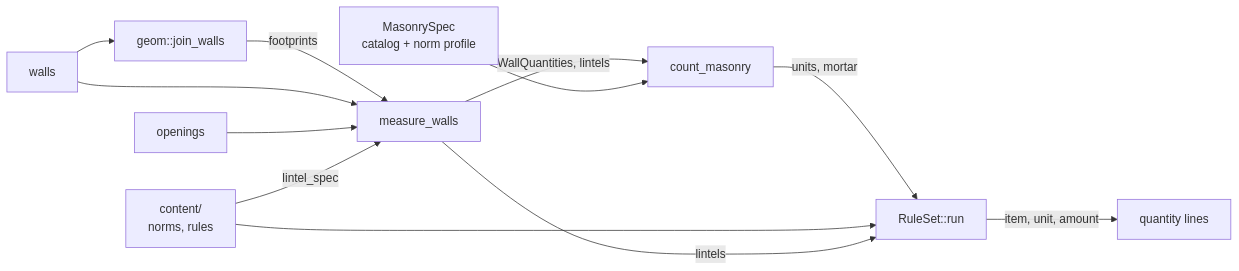
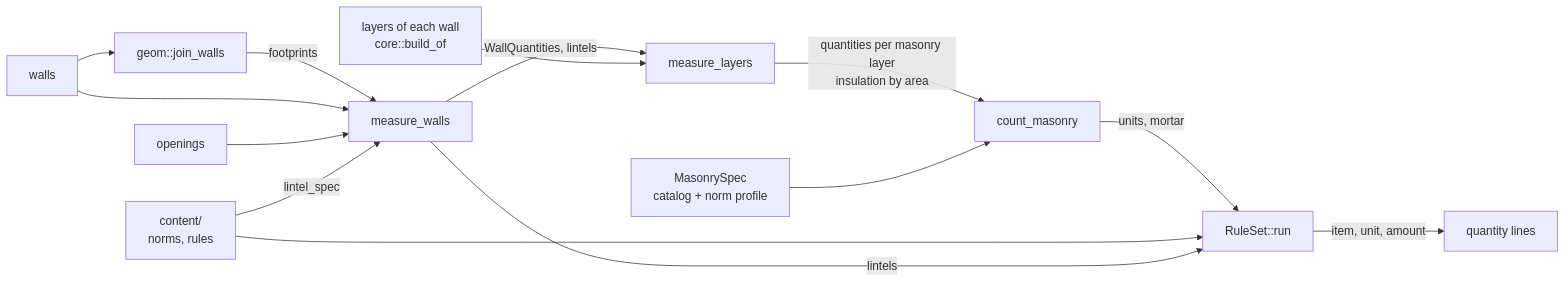
Before and after one commit to globallstudent/otves: the diagram in engine/takeoff/README.md, drawn with Mermaid. The commit also changed other lines of this file and 53 other files, not shown here.

Commit message:
feat(engine): build walls from types made of layers

````diff
--- a/engine/takeoff/README.md
+++ b/engine/takeoff/README.md
@@ -5,14 +5,16 @@
 ```mermaid
 flowchart LR
   W["walls"] --> J["geom::join_walls"]
   J -- "footprints" --> M["measure_walls"]
   W --> M
   O["openings"] --> M
   K -- "lintel_spec" --> M
-  M -- "WallQuantities, lintels" --> C["count_masonry"]
+  M -- "WallQuantities, lintels" --> Y["measure_layers"]
+  B["layers of each wall<br/>core::build_of"] --> Y
+  Y -- "quantities per masonry layer<br/>insulation by area" --> C["count_masonry"]
   S["MasonrySpec<br/>catalog + norm profile"] --> C
   C -- "units, mortar" --> R["RuleSet::run"]
   K["content/<br/>norms, rules"] --> R
   M -- "lintels" --> R
   R -- "item, unit, amount" --> L["quantity lines"]
 ```
````
